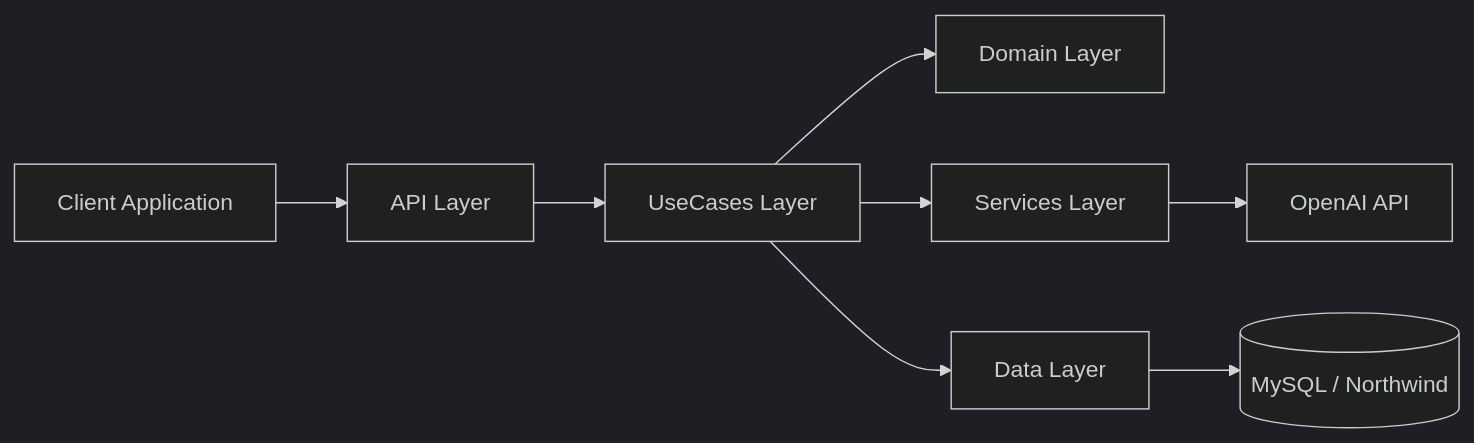
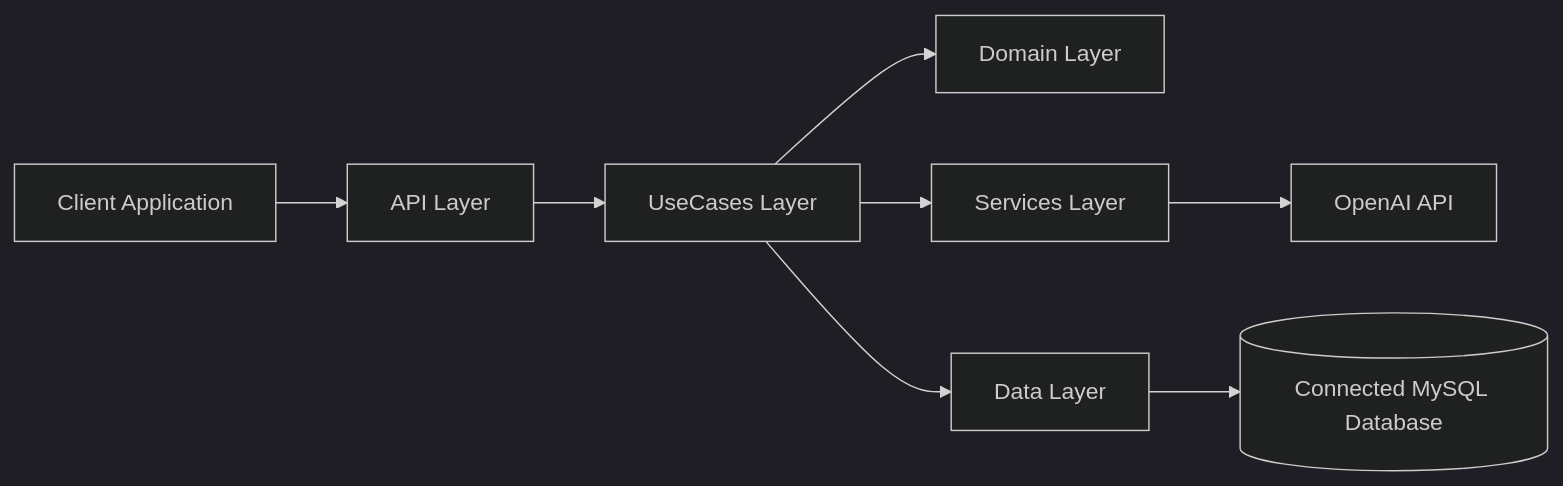
The diagram in docs/architecture/solution-overview.md (vitorrubio/dbassistant), drawn with Mermaid (dark theme) before and after one commit. The commit also changed 12 other files, not shown here.

First line of the commit message:
refactor: clarify information schema access

````diff
--- a/docs/architecture/solution-overview.md
+++ b/docs/architecture/solution-overview.md
@@ -12,10 +12,10 @@
 ```mermaid
 flowchart LR
     Client[Client Application] --> Api[API Layer]
     Api --> UseCases[UseCases Layer]
     UseCases --> Domain[Domain Layer]
     UseCases --> Services[Services Layer]
     UseCases --> Data[Data Layer]
-    Data --> MySql[(MySQL / Northwind)]
+    Data --> MySql[(Connected MySQL Database)]
     Services --> OpenAI[OpenAI API]
 ```
````
